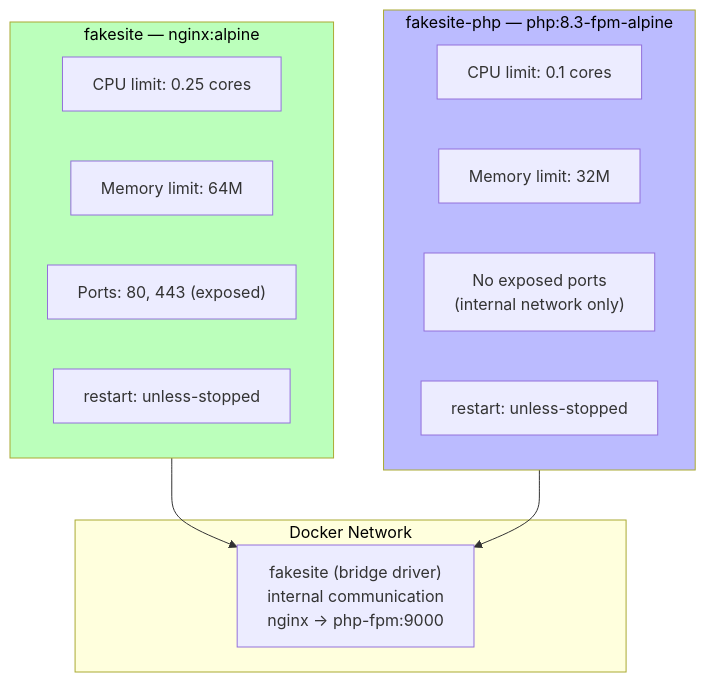
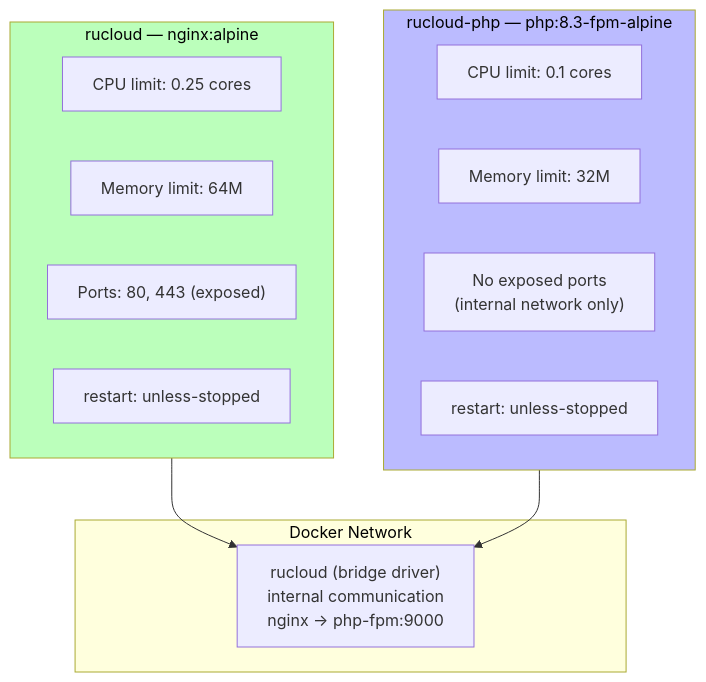
One commit to Armruswest2024/RuCloud changed diagram 13 of 14 in docs/myshpere-logic.md. Above: the diagram before and after it, drawn with Mermaid. The commit also changed other lines of this file and 12 other files, not shown here.

````diff
--- a/docs/myshpere-logic.md
+++ b/docs/myshpere-logic.md
@@ -536,27 +536,27 @@
 ```mermaid
 flowchart TD
-  subgraph NGINX [fakesite — nginx:alpine]
+  subgraph NGINX [rucloud — nginx:alpine]
     N_CPU["CPU limit: 0.25 cores"]
     N_RAM["Memory limit: 64M"]
     N_PORTS["Ports: 80, 443 (exposed)"]
     N_RESTART["restart: unless-stopped"]
   end
 
-  subgraph PHP [fakesite-php — php:8.3-fpm-alpine]
+  subgraph PHP [rucloud-php — php:8.3-fpm-alpine]
     P_CPU["CPU limit: 0.1 cores"]
     P_RAM["Memory limit: 32M"]
     P_PORTS["No exposed ports\n(internal network only)"]
     P_RESTART["restart: unless-stopped"]
   end
 
   subgraph NETWORK [Docker Network]
-    NET["fakesite (bridge driver)\ninternal communication\nnginx → php-fpm:9000"]
+    NET["rucloud (bridge driver)\ninternal communication\nnginx → php-fpm:9000"]
   end
 
   NGINX --> NET
   PHP --> NET
 
   style NGINX fill:#bfb,color:#000
   style PHP fill:#bbf,color:#000
   style NETWORK fill:#ffd,color:#000
 ```
````
